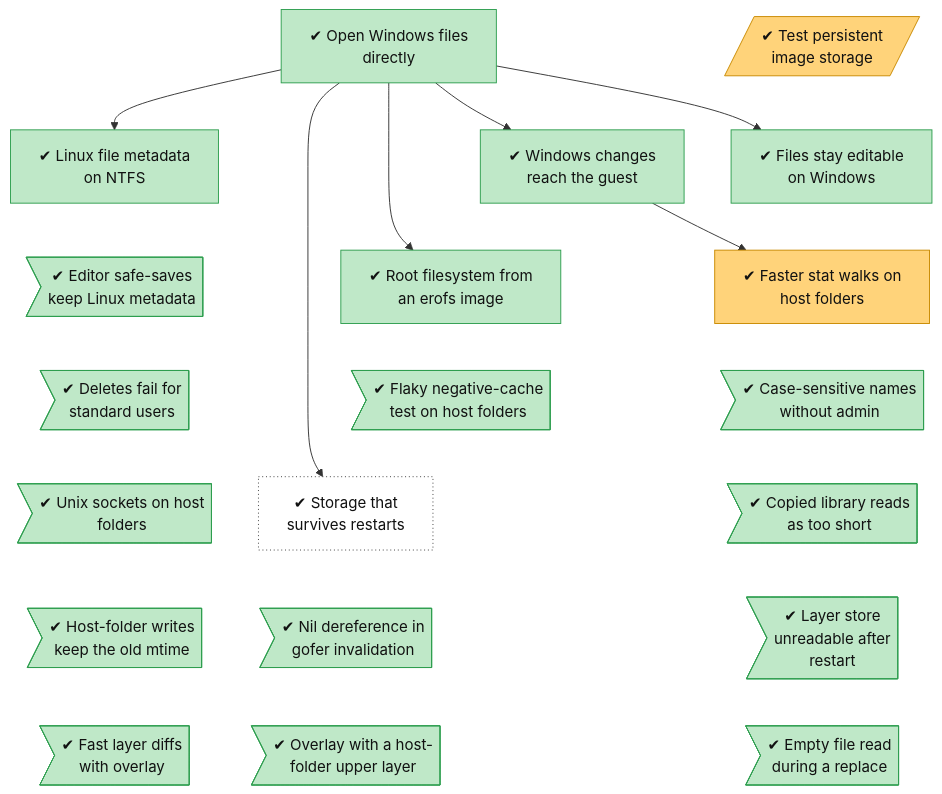
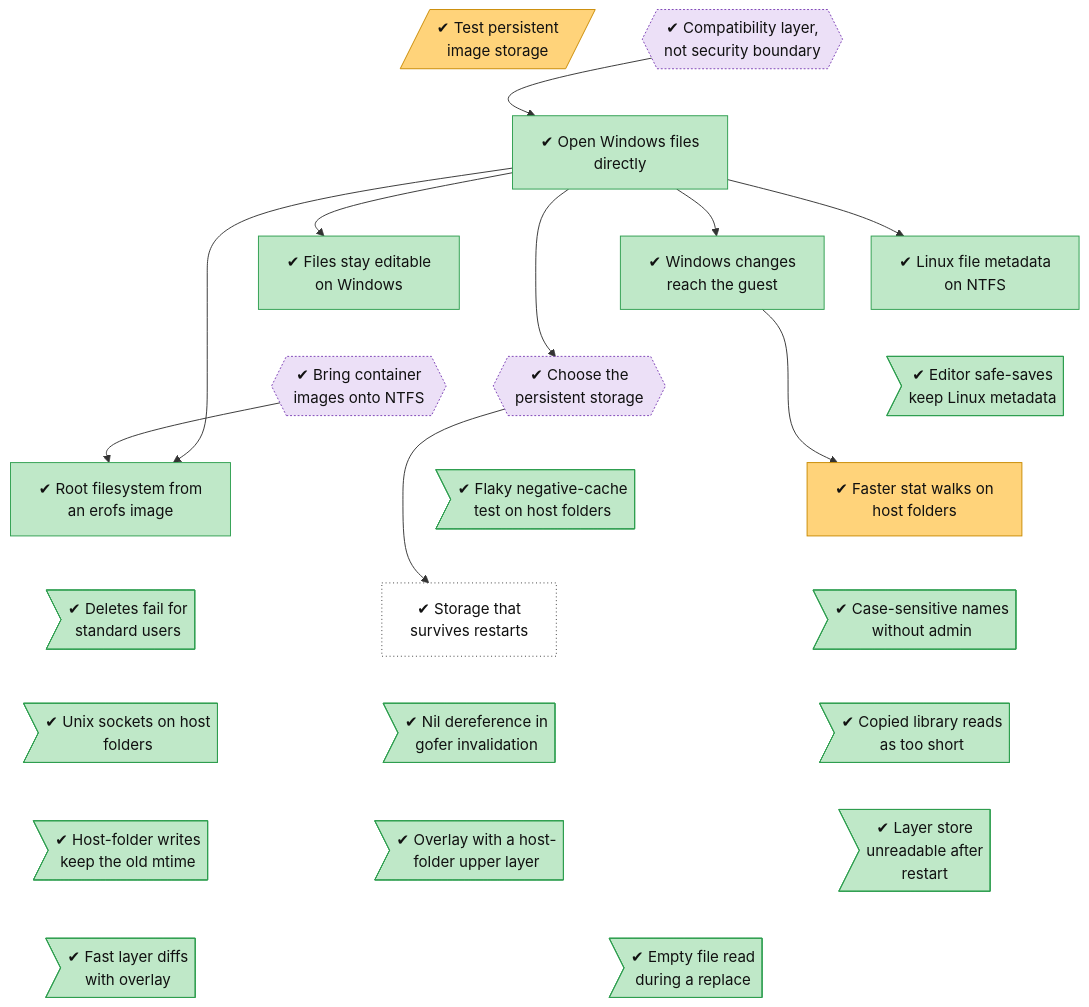
Before and after one commit to lhns/gvisor-windows: the diagram in docs/roadmap/tracks/fs.md, drawn with Mermaid. The commit also changed 6 other files, not shown here.

````diff
--- a/docs/roadmap/tracks/fs.md
+++ b/docs/roadmap/tracks/fs.md
@@ -10,64 +10,76 @@
 ```mermaid
 flowchart TB
+    fs_compat_layer_not_boundary{{"✔ Compatibility layer,<br/>not security boundary"}}
     fs_persistent_image_storage[/"✔ Test persistent<br/>image storage"/]
     fs_windows_directfs["✔ Open Windows files<br/>directly"]
     fs_change_notifications["✔ Windows changes<br/>reach the guest"]
     fs_linux_metadata_on_ntfs["✔ Linux file metadata<br/>on NTFS"]
     fs_handles_do_not_block_users["✔ Files stay editable<br/>on Windows"]
+    fs_persistent_storage_choice{{"✔ Choose the<br/>persistent storage"}}
+    fs_safe_save_keeps_metadata>"✔ Editor safe-saves<br/>keep Linux metadata"]
+    fs_rootfs_import{{"✔ Bring container<br/>images onto NTFS"}}
     fs_root_filesystem_source["✔ Root filesystem from<br/>an erofs image"]
-    fs_safe_save_keeps_metadata>"✔ Editor safe-saves<br/>keep Linux metadata"]
     fs_attribute_cache["✔ Faster stat walks on<br/>host folders"]
     fs_flaky_negative_cache_test>"✔ Flaky negative-cache<br/>test on host folders"]
     fs_standard_user_delete_rights>"✔ Deletes fail for<br/>standard users"]
     fs_case_sensitivity_without_admin>"✔ Case-sensitive names<br/>without admin"]
     fs_persistent_storage_impl["✔ Storage that<br/>survives restarts"]
     fs_unix_sockets_on_host_folders>"✔ Unix sockets on host<br/>folders"]
     fs_copied_file_too_short>"✔ Copied library reads<br/>as too short"]
     fs_disown_children_nil_deref>"✔ Nil dereference in<br/>gofer invalidation"]
     fs_host_folder_mtime_resolution>"✔ Host-folder writes<br/>keep the old mtime"]
     fs_layer_store_corrupt_after_restart>"✔ Layer store<br/>unreadable after<br/>restart"]
     fs_overlay_upper_on_host_folder>"✔ Overlay with a host-<br/>folder upper layer"]
     fs_overlay_native_diff>"✔ Fast layer diffs<br/>with overlay"]
     fs_layers_empty_on_slow_host>"✔ Empty file read<br/>during a replace"]
-    fs_persistent_image_storage ~~~ fs_change_notifications
+    fs_compat_layer_not_boundary ~~~ fs_windows_directfs
+    fs_persistent_image_storage ~~~ fs_windows_directfs
+    fs_windows_directfs ~~~ fs_change_notifications
     fs_windows_directfs ~~~ fs_linux_metadata_on_ntfs
     fs_windows_directfs ~~~ fs_handles_do_not_block_users
-    fs_change_notifications ~~~ fs_root_filesystem_source
+    fs_change_notifications ~~~ fs_persistent_storage_choice
     fs_linux_metadata_on_ntfs ~~~ fs_safe_save_keeps_metadata
-    fs_handles_do_not_block_users ~~~ fs_attribute_cache
-    fs_root_filesystem_source ~~~ fs_flaky_negative_cache_test
-    fs_safe_save_keeps_metadata ~~~ fs_standard_user_delete_rights
+    fs_handles_do_not_block_users ~~~ fs_rootfs_import
+    fs_persistent_storage_choice ~~~ fs_root_filesystem_source
+    fs_safe_save_keeps_metadata ~~~ fs_attribute_cache
+    fs_rootfs_import ~~~ fs_flaky_negative_cache_test
+    fs_root_filesystem_source ~~~ fs_standard_user_delete_rights
     fs_attribute_cache ~~~ fs_case_sensitivity_without_admin
     fs_flaky_negative_cache_test ~~~ fs_persistent_storage_impl
     fs_standard_user_delete_rights ~~~ fs_unix_sockets_on_host_folders
     fs_case_sensitivity_without_admin ~~~ fs_copied_file_too_short
     fs_persistent_storage_impl ~~~ fs_disown_children_nil_deref
     fs_unix_sockets_on_host_folders ~~~ fs_host_folder_mtime_resolution
     fs_copied_file_too_short ~~~ fs_layer_store_corrupt_after_restart
     fs_disown_children_nil_deref ~~~ fs_overlay_upper_on_host_folder
     fs_host_folder_mtime_resolution ~~~ fs_overlay_native_diff
     fs_layer_store_corrupt_after_restart ~~~ fs_layers_empty_on_slow_host
+    fs_overlay_upper_on_host_folder ~~~ fs_layers_empty_on_slow_host
+    fs_compat_layer_not_boundary --> fs_windows_directfs
     fs_windows_directfs --> fs_change_notifications
     fs_windows_directfs --> fs_linux_metadata_on_ntfs
     fs_windows_directfs --> fs_handles_do_not_block_users
+    fs_windows_directfs --> fs_persistent_storage_choice
     fs_windows_directfs --> fs_root_filesystem_source
+    fs_rootfs_import --> fs_root_filesystem_source
     fs_change_notifications --> fs_attribute_cache
-    fs_windows_directfs --> fs_persistent_storage_impl
+    fs_persistent_storage_choice --> fs_persistent_storage_impl
     classDef vsucc fill:#2e9e4f,stroke:#1b6b34,color:#fff
     classDef succ fill:#bfe8c8,stroke:#2e9e4f,color:#111
     classDef mixed fill:#ffd37a,stroke:#c98a00,color:#111
     classDef bad fill:#f28b82,stroke:#b3261e,color:#111
     classDef dead fill:#e6e6e6,stroke:#777,stroke-dasharray:5 5,color:#555
     classDef inprog fill:#a8cdf5,stroke:#1f6fc5,color:#111
     classDef next fill:#fff,stroke:#333,color:#111
     classDef blocked fill:#fff,stroke:#b3261e,stroke-dasharray:2 2,color:#111
     classDef parked fill:#f3f3f3,stroke:#999,color:#555
     classDef unrated fill:#fff,stroke:#333,stroke-dasharray:1 3,color:#111
     classDef gate fill:#d9c2f0,stroke:#7b3fb5,color:#111
     classDef decided fill:#ece0f7,stroke:#7b3fb5,stroke-dasharray:2 2,color:#111
     classDef finding fill:#ffe0b2,stroke:#d84315,stroke-width:2px,color:#111
     classDef waiting fill:#e3f2fd,stroke:#1f6fc5,stroke-dasharray:5 5,color:#111
+    class fs_compat_layer_not_boundary,fs_persistent_storage_choice,fs_rootfs_import decided
     class fs_persistent_image_storage,fs_attribute_cache mixed
-    class fs_windows_directfs,fs_change_notifications,fs_linux_metadata_on_ntfs,fs_handles_do_not_block_users,fs_root_filesystem_source,fs_safe_save_keeps_metadata,fs_flaky_negative_cache_test,fs_standard_user_delete_rights,fs_case_sensitivity_without_admin,fs_unix_sockets_on_host_folders,fs_copied_file_too_short,fs_disown_children_nil_deref,fs_host_folder_mtime_resolution,fs_layer_store_corrupt_after_restart,fs_overlay_upper_on_host_folder,fs_overlay_native_diff,fs_layers_empty_on_slow_host succ
+    class fs_windows_directfs,fs_change_notifications,fs_linux_metadata_on_ntfs,fs_handles_do_not_block_users,fs_safe_save_keeps_metadata,fs_root_filesystem_source,fs_flaky_negative_cache_test,fs_standard_user_delete_rights,fs_case_sensitivity_without_admin,fs_unix_sockets_on_host_folders,fs_copied_file_too_short,fs_disown_children_nil_deref,fs_host_folder_mtime_resolution,fs_layer_store_corrupt_after_restart,fs_overlay_upper_on_host_folder,fs_overlay_native_diff,fs_layers_empty_on_slow_host succ
     class fs_persistent_storage_impl unrated
 ```
````
